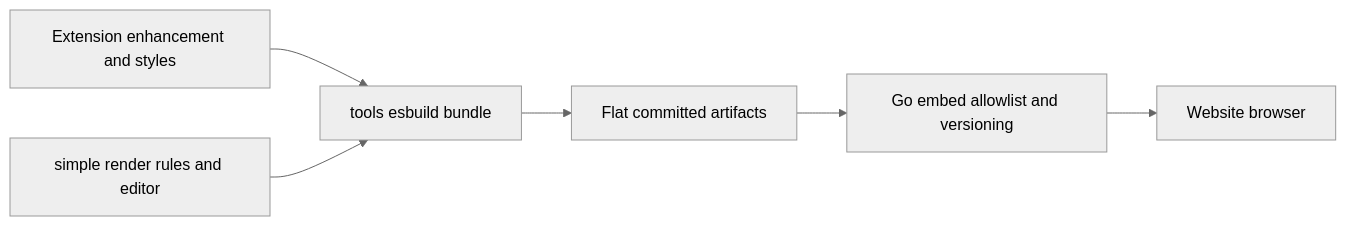
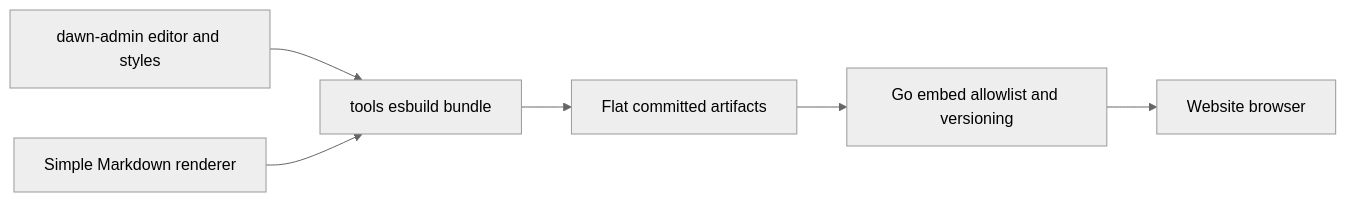
The first of 2 diagrams in docs/en/moments.md (dawnim/dawn-simple), drawn with Mermaid (neutral theme) before and after one commit. The commit also changed other lines of this file and 14 other files, not shown here.

````diff
--- a/docs/en/moments.md
+++ b/docs/en/moments.md
@@ -85,8 +76,8 @@
 ```mermaid
 flowchart LR
-  A[Extension enhancement and styles] --> C[tools esbuild bundle]
-  B[simple render rules and editor] --> C
+  A[dawn-admin editor and styles] --> C[tools esbuild bundle]
+  B[Simple Markdown renderer] --> C
   C --> D[Flat committed artifacts]
   D --> E[Go embed allowlist and versioning]
   E --> F[Website browser]
 ```
````
